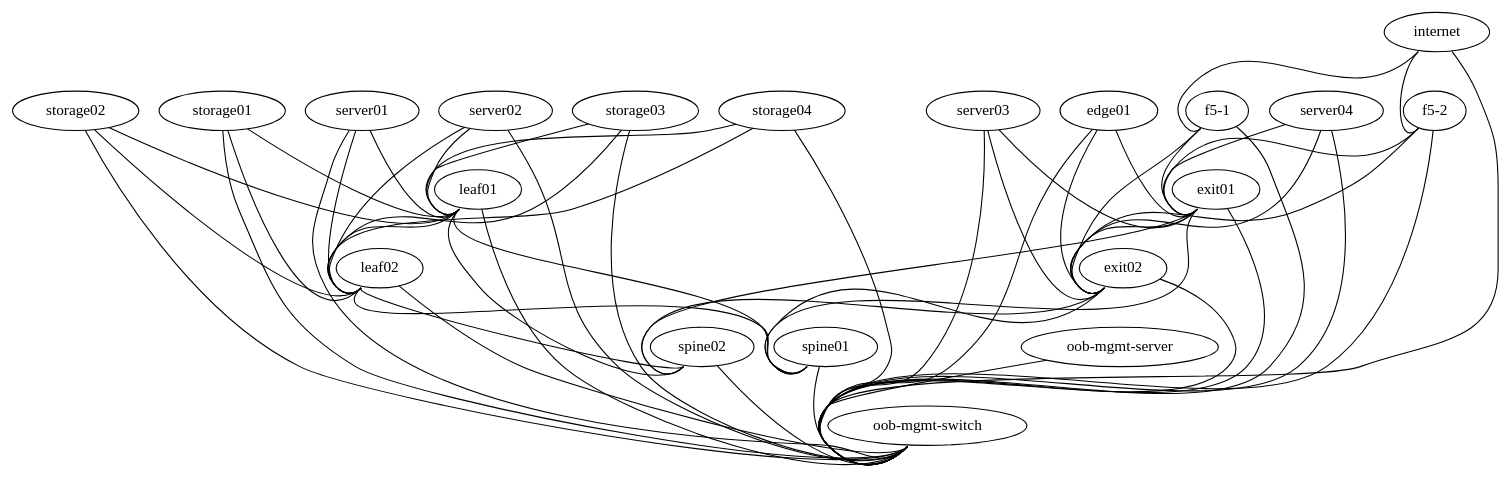
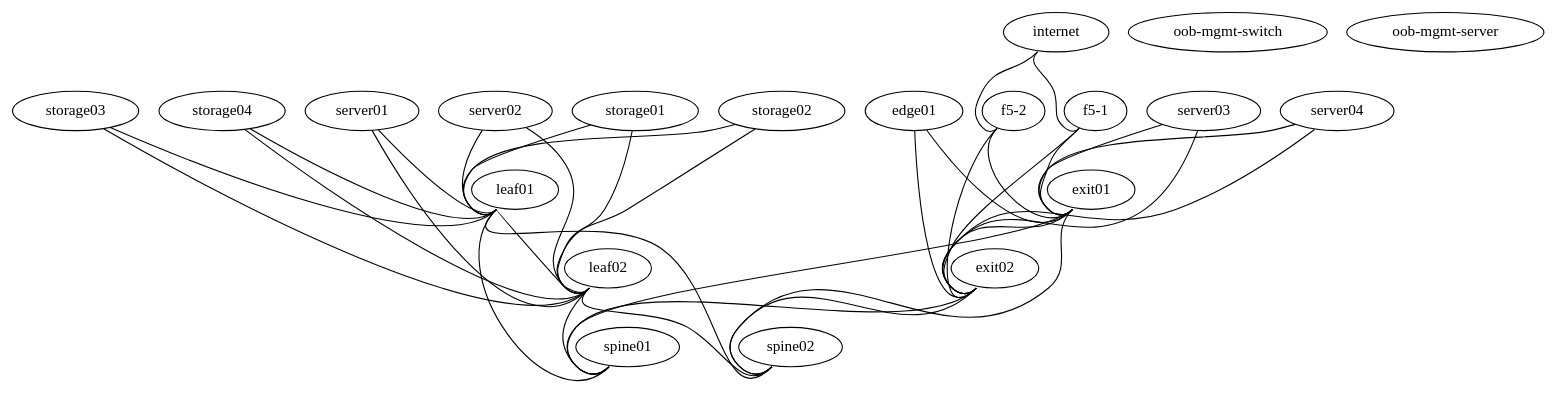
The diagram in topology.dot (OliElli/cumulus-poc), drawn with Graphviz before and after one commit. The commit also changed 3 other files, not shown here.

```diff
--- a/topology.dot
+++ b/topology.dot
@@ -1,85 +1,65 @@
 graph vx {
-  "leaf01" [function="leaf" os="CumulusCommunity/cumulus-vx" version="3.7.2" memory="768" config="./helper_scripts/config_switch.sh" ]
-  "leaf02" [function="leaf" os="CumulusCommunity/cumulus-vx" version="3.7.2" memory="768" config="./helper_scripts/config_switch.sh" ]
-  "spine01" [function="spine" os="CumulusCommunity/cumulus-vx" version="3.7.2" memory="768" config="./helper_scripts/config_switch.sh" ]
-  "spine02" [function="spine" os="CumulusCommunity/cumulus-vx" version="3.7.2" memory="768" config="./helper_scripts/config_switch.sh" ]
-  "exit01" [function="exit" os="CumulusCommunity/cumulus-vx" version="3.7.2" memory="768" config="./helper_scripts/config_switch.sh" ]
-  "exit02" [function="exit" os="CumulusCommunity/cumulus-vx" version="3.7.2" memory="768" config="./helper_scripts/config_switch.sh" ]
+  "leaf01" [function="leaf" os="CumulusCommunity/cumulus-vx" version="3.7.3" memory="768" config="./helper_scripts/config_switch.sh" ]
+  "leaf02" [function="leaf" os="CumulusCommunity/cumulus-vx" version="3.7.3" memory="768" config="./helper_scripts/config_switch.sh" ]
+  "spine01" [function="spine" os="CumulusCommunity/cumulus-vx" version="3.7.3" memory="768" config="./helper_scripts/config_switch.sh" ]
+  "spine02" [function="spine" os="CumulusCommunity/cumulus-vx" version="3.7.3" memory="768" config="./helper_scripts/config_switch.sh" ]
+  "exit01" [function="exit" os="CumulusCommunity/cumulus-vx" version="3.7.3" memory="768" config="./helper_scripts/config_switch.sh" ]
+  "exit02" [function="exit" os="CumulusCommunity/cumulus-vx" version="3.7.3" memory="768" config="./helper_scripts/config_switch.sh" ]
   "server01" [function="host" os="yk0/ubuntu-xenial" memory="512" config="./helper_scripts/config_server.sh" ]
   "server02" [function="host" os="yk0/ubuntu-xenial" memory="512" config="./helper_scripts/config_server.sh" ]
   "server03" [function="host" os="yk0/ubuntu-xenial" memory="512" config="./helper_scripts/config_server.sh" ]
   "server04" [function="host" os="yk0/ubuntu-xenial" memory="512" config="./helper_scripts/config_server.sh" ]
   "edge01" [function="host" os="yk0/ubuntu-xenial" memory="768" config="./helper_scripts/config_server.sh" ]
-  "internet" [function="internet" vagrant="swp48" os="CumulusCommunity/cumulus-vx" version="3.7.2" memory="768" config="./helper_scripts/config_internet.sh" ]
-  "oob-mgmt-switch" [function="oob-switch" vagrant="eth0" os="CumulusCommunity/cumulus-vx" version="3.7.2" memory="768" config="./helper_scripts/config_oob_switch.sh" ]
+  "internet" [function="internet" vagrant="swp48" os="CumulusCommunity/cumulus-vx" version="3.7.3" memory="768" config="./helper_scripts/config_internet.sh" ]
+  "oob-mgmt-switch" [function="oob-switch" vagrant="eth0" os="CumulusCommunity/cumulus-vx" version="3.7.3" memory="768" config="./helper_scripts/config_oob_switch.sh" ]
   "oob-mgmt-server" [function="oob-server" vagrant="eth0" os="CumulusCommunity/vx_oob_server" version="1.0.4" memory="1024" config="./helper_scripts/config_oob_server.sh" ]
-  "f5-1" [function="exit" os="CumulusCommunity/cumulus-vx" version="3.7.2" memory="768" config="./helper_scripts/config_switch.sh" ]
-  "f5-2" [function="exit" os="CumulusCommunity/cumulus-vx" version="3.7.2" memory="768" config="./helper_scripts/config_switch.sh" ]
+  "f5-1" [function="exit" os="CumulusCommunity/cumulus-vx" version="3.7.3" memory="768" config="./helper_scripts/config_switch.sh" ]
+  "f5-2" [function="exit" os="CumulusCommunity/cumulus-vx" version="3.7.3" memory="768" config="./helper_scripts/config_switch.sh" ]
   "storage01" [function="host" os="yk0/ubuntu-xenial" memory="512" config="./helper_scripts/config_server.sh" ]
   "storage02" [function="host" os="yk0/ubuntu-xenial" memory="512" config="./helper_scripts/config_server.sh" ]
   "storage03" [function="host" os="yk0/ubuntu-xenial" memory="512" config="./helper_scripts/config_server.sh" ]
   "storage04" [function="host" os="yk0/ubuntu-xenial" memory="512" config="./helper_scripts/config_server.sh" ]
 
   "leaf01":"swp56" -- "spine01":"swp1"
   "leaf02":"swp56" -- "spine01":"swp2"
   "leaf01":"swp55" -- "spine02":"swp1"
   "leaf02":"swp55" -- "spine02":"swp2"
 
   "leaf01":"swp54" -- "leaf02":"swp54"
   "exit01":"swp54" -- "exit02":"swp54"
 
   "server01":"eth1" -- "leaf01":"swp1" [left_mac="00:03:00:11:11:01"]
   "server01":"eth2" -- "leaf02":"swp1" [left_mac="00:03:00:11:11:02"]
   "server02":"eth1" -- "leaf01":"swp2" [left_mac="00:03:00:22:22:01"]
   "server02":"eth2" -- "leaf02":"swp2" [left_mac="00:03:00:22:22:02"]
   "server03":"eth1" -- "exit01":"swp11" [left_mac="00:03:00:33:33:01"]
   "server03":"eth2" -- "exit02":"swp11" [left_mac="00:03:00:33:33:02"]
   "server04":"eth1" -- "exit01":"swp12" [left_mac="00:03:00:44:44:01"]
   "server04":"eth2" -- "exit02":"swp12" [left_mac="00:03:00:44:44:02"]
 
   "storage01":"eth1" -- "leaf01":"swp3" [left_mac="00:04:00:11:11:01"]
   "storage01":"eth2" -- "leaf02":"swp3" [left_mac="00:04:00:11:11:02"]
   "storage02":"eth1" -- "leaf01":"swp4" [left_mac="00:04:00:22:22:01"]
   "storage02":"eth2" -- "leaf02":"swp4" [left_mac="00:04:00:22:22:02"]
   "storage03":"eth1" -- "leaf01":"swp5" [left_mac="00:04:00:11:11:03"]
   "storage03":"eth2" -- "leaf02":"swp5" [left_mac="00:04:00:11:11:04"]
   "storage04":"eth1" -- "leaf01":"swp6" [left_mac="00:04:00:22:22:03"]
   "storage04":"eth2" -- "leaf02":"swp6" [left_mac="00:04:00:22:22:04"]
 
   "exit01":"swp56" -- "spine01":"swp30"
   "exit01":"swp55" -- "spine02":"swp30"
   "exit02":"swp56" -- "spine01":"swp29"
   "exit02":"swp55" -- "spine02":"swp29"
 
   "internet":"swp1" -- "f5-1":"swp3"
   "internet":"swp2" -- "f5-2":"swp3"
 
   "edge01":"eth1" -- "exit01":"swp10"
   "edge01":"eth2" -- "exit02":"swp10"
 
   "f5-1":"swp1" -- "exit01":"swp1"
   "f5-1":"swp2" -- "exit02":"swp1"
   
   "f5-2":"swp1" -- "exit01":"swp2"
   "f5-2":"swp2" -- "exit02":"swp2"
-
-  "oob-mgmt-server":"eth1" -- "oob-mgmt-switch":"swp1" [right_mac="a0:00:00:00:00:61"]
-  "server01":"eth0" -- "oob-mgmt-switch":"swp2" [left_mac="a0:00:00:00:00:31"]
-  "server02":"eth0" -- "oob-mgmt-switch":"swp3" [left_mac="a0:00:00:00:00:32"]
-  "server03":"eth0" -- "oob-mgmt-switch":"swp4" [left_mac="a0:00:00:00:00:33"]
-  "server04":"eth0" -- "oob-mgmt-switch":"swp5" [left_mac="a0:00:00:00:00:34"]
-  "leaf01":"eth0" -- "oob-mgmt-switch":"swp6" [left_mac="a0:00:00:00:00:11"]
-  "leaf02":"eth0" -- "oob-mgmt-switch":"swp7" [left_mac="a0:00:00:00:00:12"]
-  "spine01":"eth0" -- "oob-mgmt-switch":"swp8" [left_mac="a0:00:00:00:00:21"]
-  "spine02":"eth0" -- "oob-mgmt-switch":"swp9" [left_mac="a0:00:00:00:00:22"]
-  "exit01":"eth0" -- "oob-mgmt-switch":"swp10" [left_mac="a0:00:00:00:00:41"]
-  "exit02":"eth0" -- "oob-mgmt-switch":"swp11" [left_mac="a0:00:00:00:00:42"]
-  "edge01":"eth0" -- "oob-mgmt-switch":"swp12" [left_mac="a0:00:00:00:00:51"]
-  "internet":"eth0" -- "oob-mgmt-switch":"swp13" [left_mac="a0:00:00:00:00:50"]
-  "f5-1":"eth0" -- "oob-mgmt-switch":"swp14" [left_mac="a0:00:00:00:00:71"]
-  "f5-2":"eth0" -- "oob-mgmt-switch":"swp15" [left_mac="a0:00:00:00:00:72"]
-  "storage01":"eth0" -- "oob-mgmt-switch":"swp16" [left_mac="a0:00:00:00:00:81"]
-  "storage02":"eth0" -- "oob-mgmt-switch":"swp17" [left_mac="a0:00:00:00:00:82"]
-  "storage03":"eth0" -- "oob-mgmt-switch":"swp18" [left_mac="a0:00:00:00:00:83"]
-  "storage04":"eth0" -- "oob-mgmt-switch":"swp19" [left_mac="a0:00:00:00:00:84"]
 }
```
